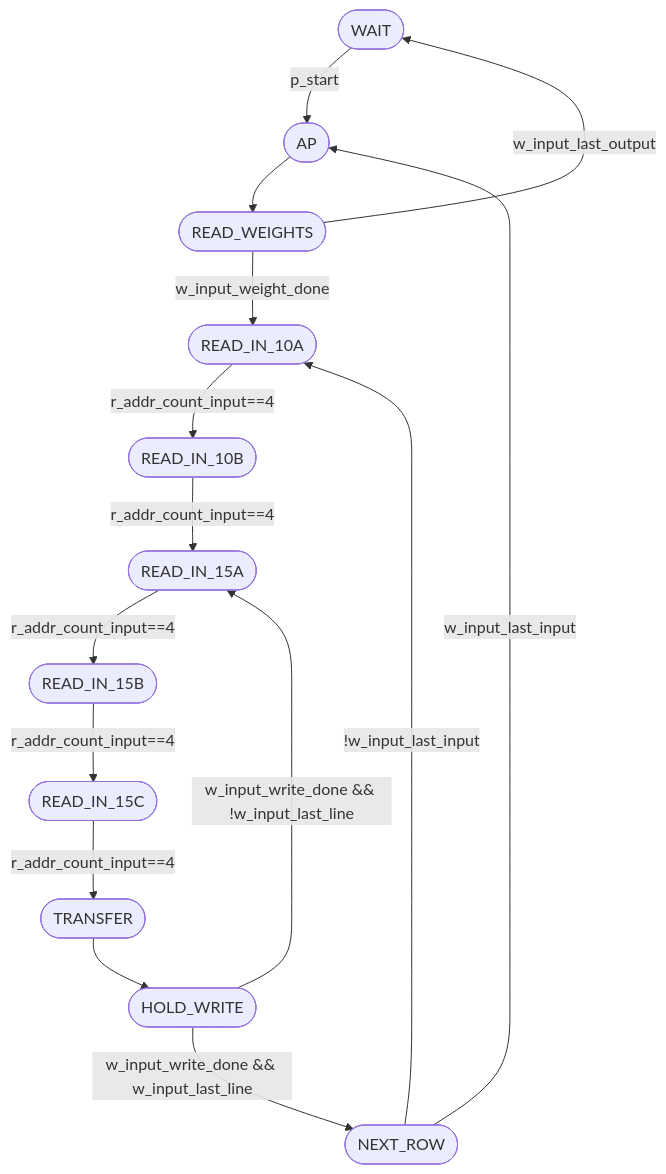
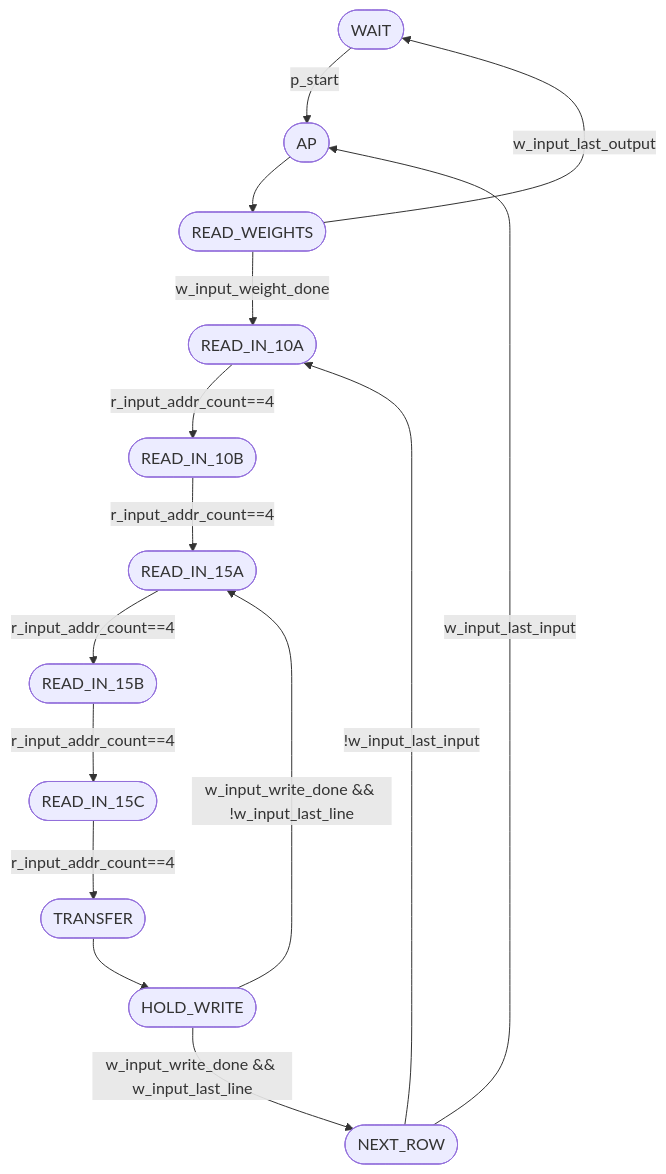
Before and after one commit to tarsioonofrio/FastConv_SystemVerilog: the first of 3 diagrams in rtl/control/README.md, drawn with Mermaid. The commit also changed other lines of this file and 1 other file, not shown here.

Commit message:
Rename Input Control Signals for Consistency

````diff
--- a/rtl/control/README.md
+++ b/rtl/control/README.md
@@ -95,16 +95,16 @@
 ```mermaid
 flowchart TB
     W(["WAIT"]) -->|"p_start"| AP(["AP"]) --> RW(["READ_WEIGHTS"])
     RW -->|"w_input_weight_done"| READ_IN_10A(["READ_IN_10A"])
     RW -->|"w_input_last_output"| W
-    READ_IN_10A -->|"r_addr_count_input==4"| READ_IN_10B(["READ_IN_10B"])
-    READ_IN_10B -->|"r_addr_count_input==4"| READ_IN_15A(["READ_IN_15A"])
-    READ_IN_15A -->|"r_addr_count_input==4"| READ_IN_15B(["READ_IN_15B"])
-    READ_IN_15B -->|"r_addr_count_input==4"| READ_IN_15C(["READ_IN_15C"])
-    READ_IN_15C -->|"r_addr_count_input==4"| X(["TRANSFER"])
+    READ_IN_10A -->|"r_input_addr_count==4"| READ_IN_10B(["READ_IN_10B"])
+    READ_IN_10B -->|"r_input_addr_count==4"| READ_IN_15A(["READ_IN_15A"])
+    READ_IN_15A -->|"r_input_addr_count==4"| READ_IN_15B(["READ_IN_15B"])
+    READ_IN_15B -->|"r_input_addr_count==4"| READ_IN_15C(["READ_IN_15C"])
+    READ_IN_15C -->|"r_input_addr_count==4"| X(["TRANSFER"])
     X --> HW(["HOLD_WRITE"])
     HW -->|"w_input_write_done && !w_input_last_line"| READ_IN_15A
     HW -->|"w_input_write_done && w_input_last_line"| NR(["NEXT_ROW"])
     NR -->|"w_input_last_input"| AP
     NR -->|"!w_input_last_input"| READ_IN_10A
 ```
````
